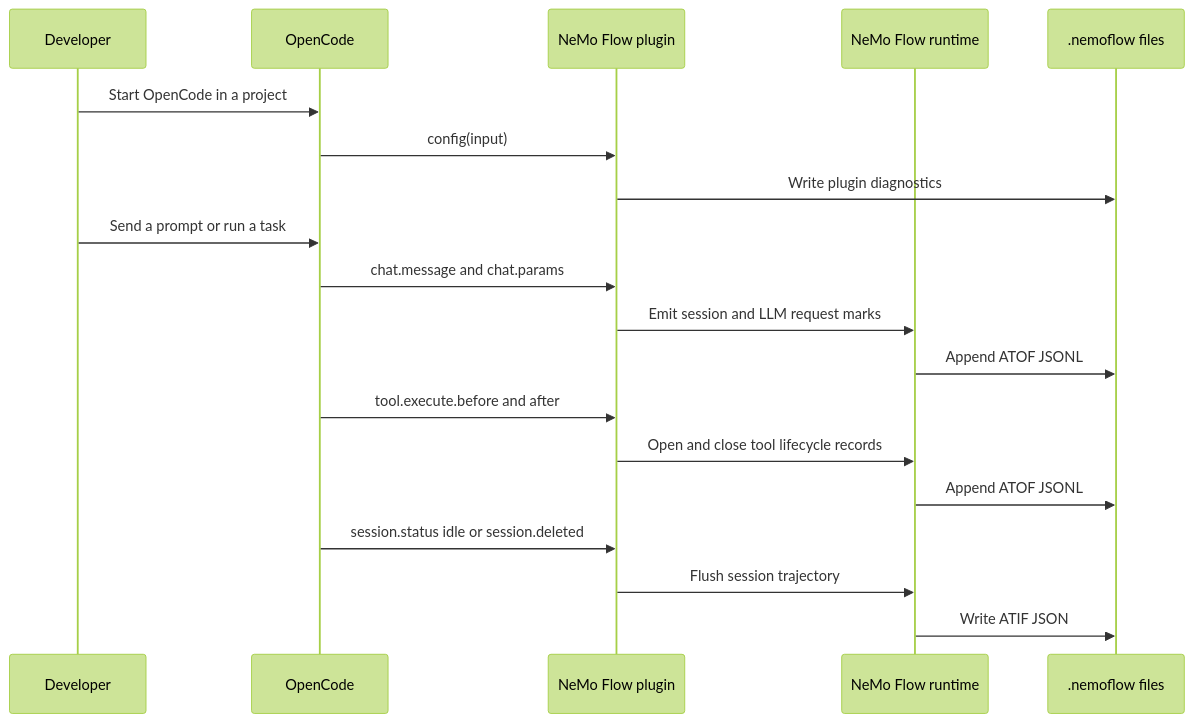
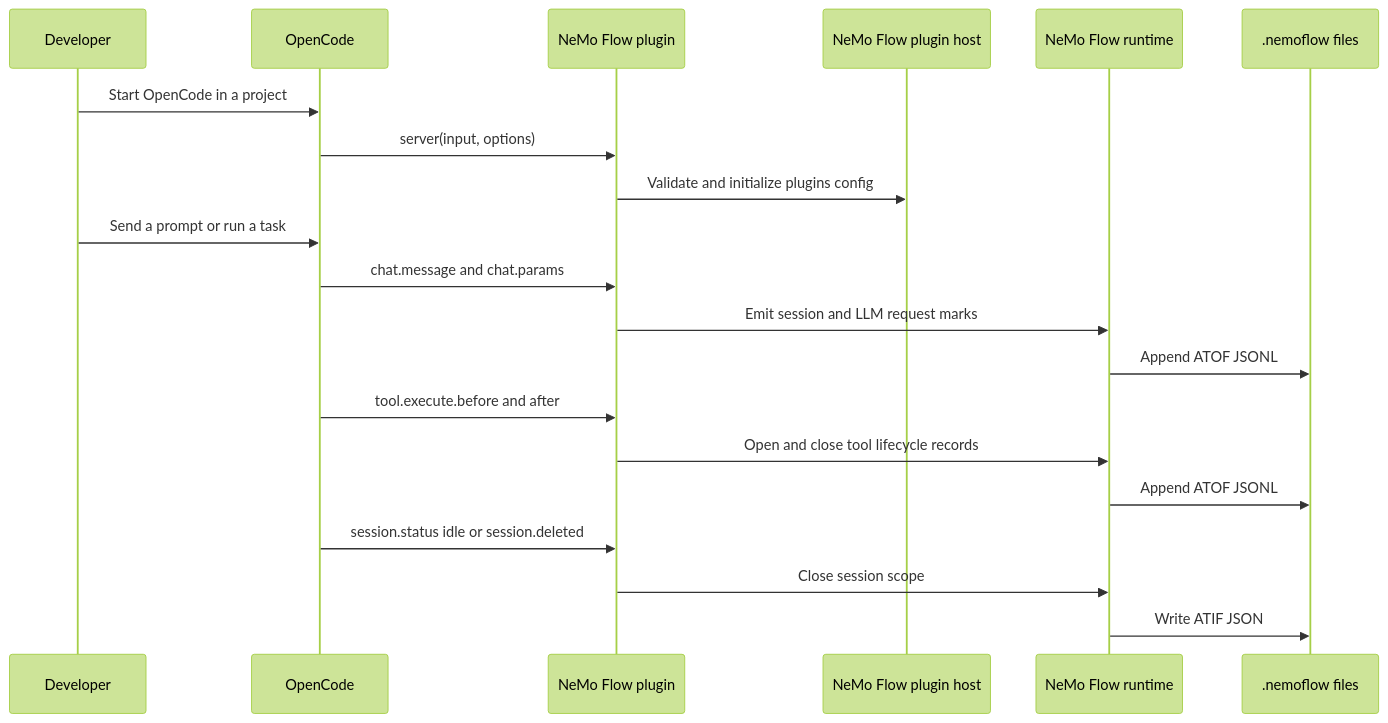
The second of 2 diagrams in docs/integrate-frameworks/opencode.md (NVIDIA/NeMo-Relay), drawn with Mermaid (forest theme) before and after one commit. The commit also changed other lines of this file and 9 other files, not shown here.

````diff
--- a/docs/integrate-frameworks/opencode.md
+++ b/docs/integrate-frameworks/opencode.md
@@ -191,22 +256,23 @@
 ```{mermaid}
 sequenceDiagram
     participant Dev as Developer
     participant OC as OpenCode
     participant Plug as NeMo Flow plugin
+    participant Host as NeMo Flow plugin host
     participant NF as NeMo Flow runtime
     participant Files as .nemoflow files
 
     Dev->>OC: Start OpenCode in a project
-    OC->>Plug: config(input)
-    Plug->>Files: Write plugin diagnostics
+    OC->>Plug: server(input, options)
+    Plug->>Host: Validate and initialize plugins config
     Dev->>OC: Send a prompt or run a task
     OC->>Plug: chat.message and chat.params
     Plug->>NF: Emit session and LLM request marks
     NF->>Files: Append ATOF JSONL
     OC->>Plug: tool.execute.before and after
     Plug->>NF: Open and close tool lifecycle records
     NF->>Files: Append ATOF JSONL
     OC->>Plug: session.status idle or session.deleted
-    Plug->>NF: Flush session trajectory
+    Plug->>NF: Close session scope
     NF->>Files: Write ATIF JSON
 ```
````
